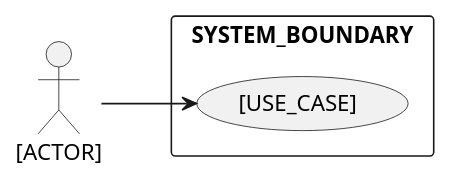
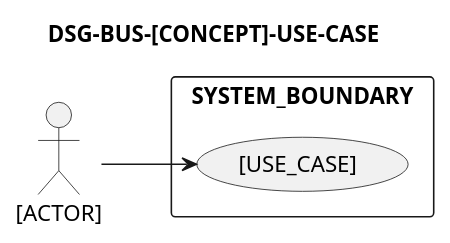
One commit to ruifrvaz/smaqit changed the diagram in templates/designs/business.template.md. Above: the diagram before and after it, drawn with PlantUML. The commit also changed 9 other files, not shown here.

````diff
--- a/templates/designs/business.template.md
+++ b/templates/designs/business.template.md
@@ -21,10 +21,11 @@
 ```plantuml
 @startuml
+title DSG-BUS-[CONCEPT]-USE-CASE
 left to right direction
 actor "[ACTOR]" as Actor
 rectangle "[SYSTEM_BOUNDARY]" {
   usecase "[USE_CASE]" as UseCase
 }
 Actor --> UseCase
 @enduml
 ```
````
